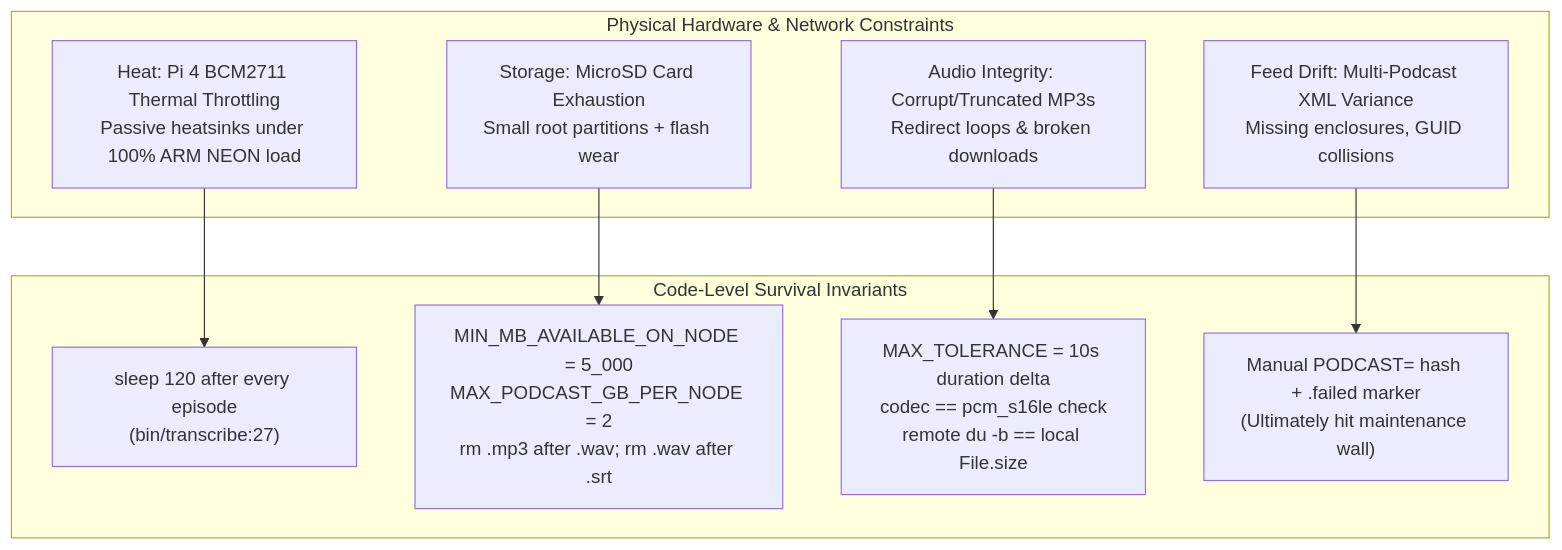
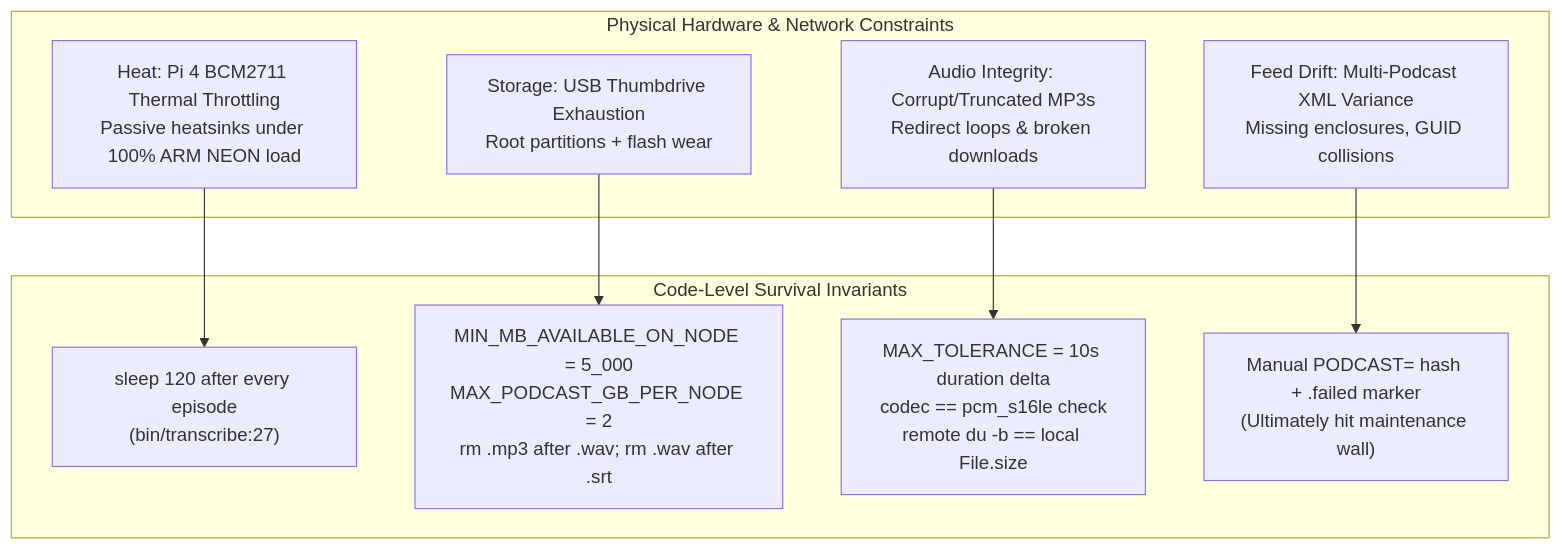
One commit to just3ws/just3ws.github.io changed the sixth of 8 diagrams in docs/studio-workbench-fluffle-theseus-briefing.md. Above: the diagram before and after it, drawn with Mermaid. The commit also changed other lines of this file and 13 other files, not shown here.

Commit message:
Audit and align Fluffle episode sequence, RPi/DietPi/Ruby/Whisper specs, and citations

````diff
--- a/docs/studio-workbench-fluffle-theseus-briefing.md
+++ b/docs/studio-workbench-fluffle-theseus-briefing.md
@@ -281,21 +292,21 @@
 ```mermaid
 flowchart TB
     subgraph LIMITS["Physical Hardware & Network Constraints"]
         T["Heat: Pi 4 BCM2711 Thermal Throttling<br/>Passive heatsinks under 100% ARM NEON load"]
-        S["Storage: MicroSD Card Exhaustion<br/>Small root partitions + flash wear"]
+        S["Storage: USB Thumbdrive Exhaustion<br/>Root partitions + flash wear"]
         A["Audio Integrity: Corrupt/Truncated MP3s<br/>Redirect loops & broken downloads"]
         F["Feed Drift: Multi-Podcast XML Variance<br/>Missing enclosures, GUID collisions"]
     end
 
     subgraph GUARDS["Code-Level Survival Invariants"]
         G1["sleep 120 after every episode<br/>(bin/transcribe:27)"]
         G2["MIN_MB_AVAILABLE_ON_NODE = 5_000<br/>MAX_PODCAST_GB_PER_NODE = 2<br/>rm .mp3 after .wav; rm .wav after .srt"]
         G3["MAX_TOLERANCE = 10s duration delta<br/>codec == pcm_s16le check<br/>remote du -b == local File.size"]
         G4["Manual PODCAST= hash + .failed marker<br/>(Ultimately hit maintenance wall)"]
     end
 
     T --> G1
     S --> G2
     A --> G3
     F --> G4
 ```
````
